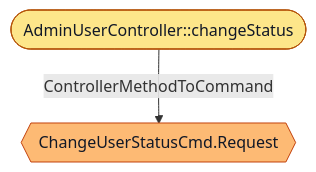
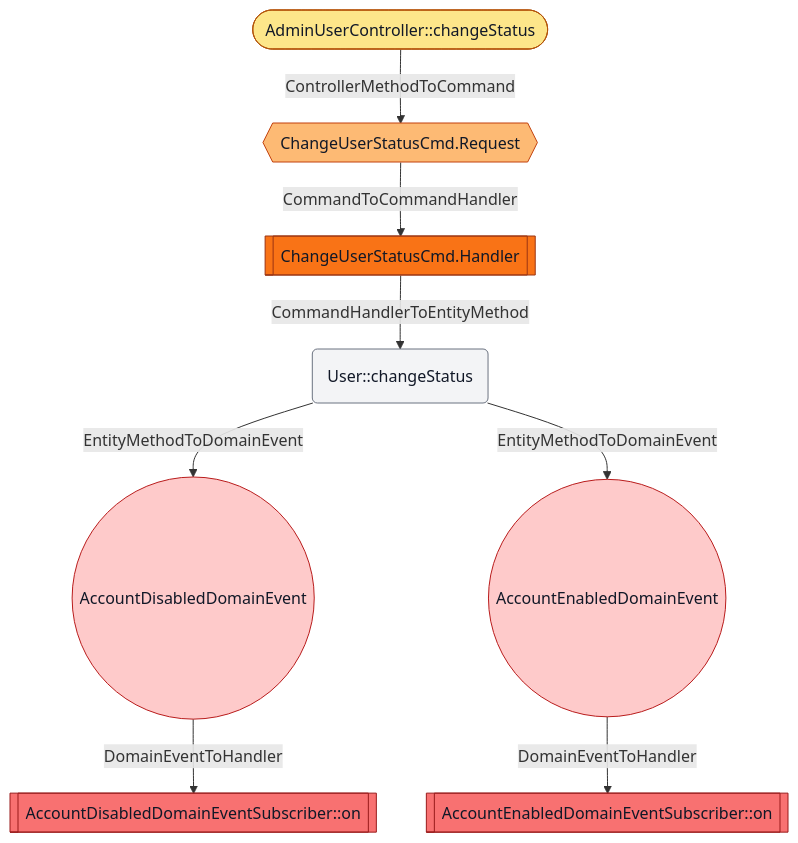
One commit to LDmoxeii/only-danmuku changed the diagram in flows/edu_only4_danmuku_adapter_portal_api_admin_AdminUserController_changeStatus.mmd. Above: the diagram before and after it, drawn with Mermaid. The commit also changed 64 other files, not shown here.

```diff
--- a/flows/edu_only4_danmuku_adapter_portal_api_admin_AdminUserController_changeStatus.mmd
+++ b/flows/edu_only4_danmuku_adapter_portal_api_admin_AdminUserController_changeStatus.mmd
@@ -1,8 +1,30 @@
 flowchart TD
   N1([AdminUserController::changeStatus])
   class N1 controllermethod
-  N2{{ChangeUserStatusCmd.Request}}
-  class N2 command
-  N1 -->|ControllerMethodToCommand| N2
+  N2[[ChangeUserStatusCmd.Handler]]
+  class N2 commandhandler
+  N3{{ChangeUserStatusCmd.Request}}
+  class N3 command
+  N4[[AccountDisabledDomainEventSubscriber::on]]
+  class N4 domaineventhandler
+  N5[[AccountEnabledDomainEventSubscriber::on]]
+  class N5 domaineventhandler
+  N6(User::changeStatus)
+  class N6 entitymethod
+  N7((AccountDisabledDomainEvent))
+  class N7 domainevent
+  N8((AccountEnabledDomainEvent))
+  class N8 domainevent
+  N1 -->|ControllerMethodToCommand| N3
+  N2 -->|CommandHandlerToEntityMethod| N6
+  N3 -->|CommandToCommandHandler| N2
+  N6 -->|EntityMethodToDomainEvent| N7
+  N6 -->|EntityMethodToDomainEvent| N8
+  N7 -->|DomainEventToHandler| N4
+  N8 -->|DomainEventToHandler| N5
   classDef command fill:#FDBA74,stroke:#C2410C,color:#111827
+  classDef commandhandler fill:#F97316,stroke:#9A3412,color:#111827
   classDef controllermethod fill:#FDE68A,stroke:#B45309,color:#111827
+  classDef domainevent fill:#FECACA,stroke:#B91C1C,color:#111827
+  classDef domaineventhandler fill:#F87171,stroke:#991B1B,color:#111827
+  classDef entitymethod fill:#F3F4F6,stroke:#6B7280,color:#111827
```
